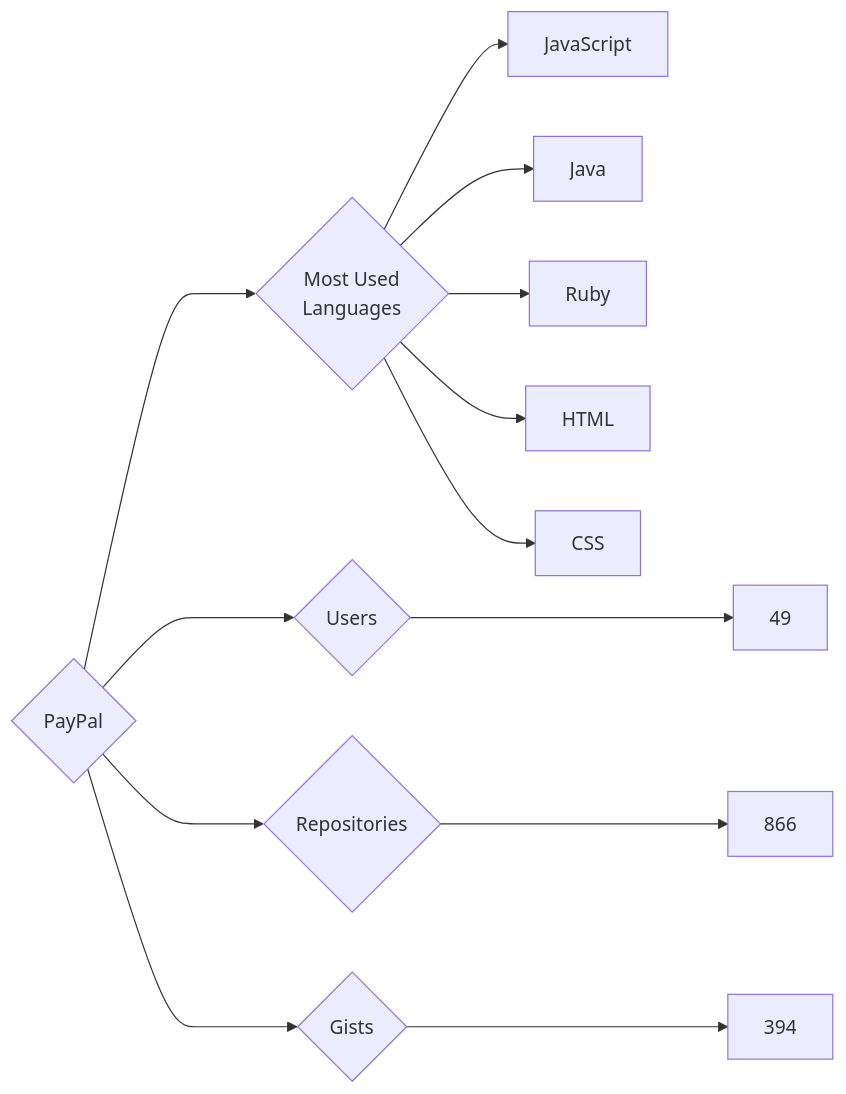
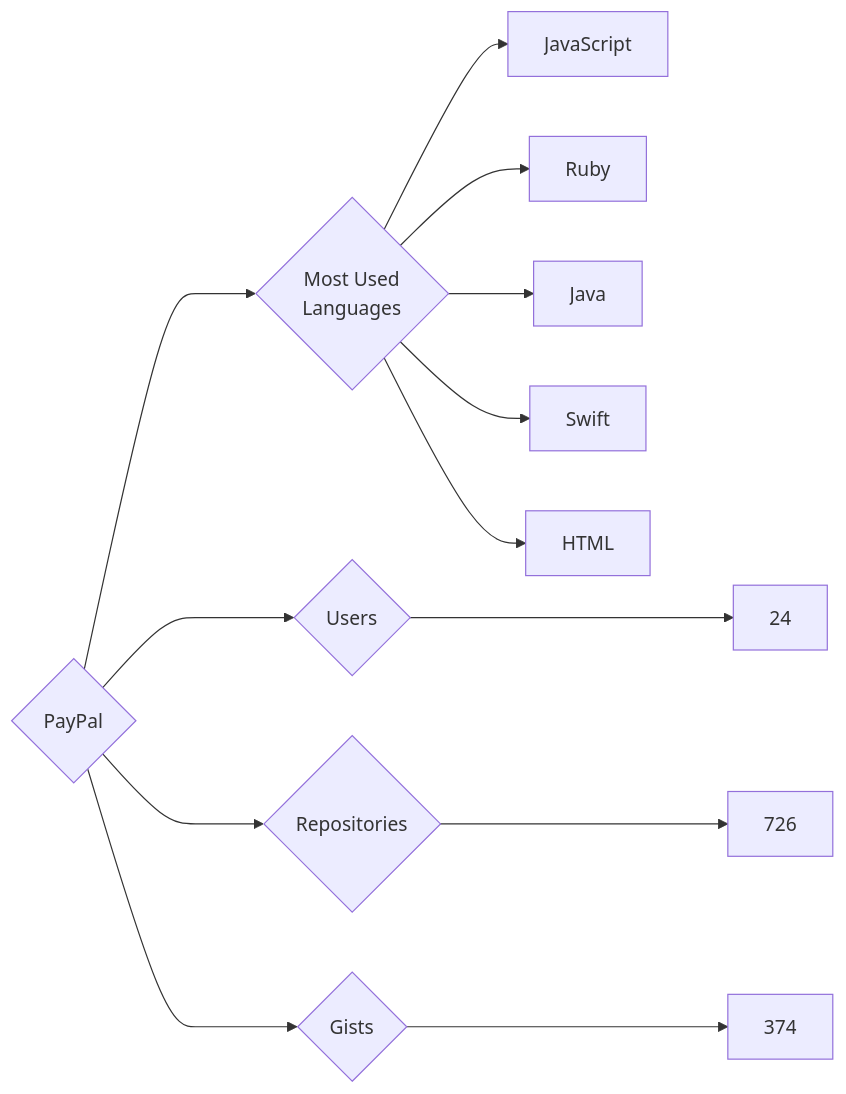
Before and after one commit to trickest/insiders: the diagram in targets/PayPal/README.md, drawn with Mermaid. The commit also changed 964 other files, not shown here.

````diff
--- a/targets/PayPal/README.md
+++ b/targets/PayPal/README.md
@@ -3,13 +3,13 @@
 ```mermaid
 graph LR
 COMPANY_NAME{PayPal}
-COMPANY_NAME ---> U{Users} ---> UN[49]
-COMPANY_NAME ---> R{Repositories} ---> RN[866]
-COMPANY_NAME ---> G{Gists} ---> GN[394]
+COMPANY_NAME ---> U{Users} ---> UN[24]
+COMPANY_NAME ---> R{Repositories} ---> RN[726]
+COMPANY_NAME ---> G{Gists} ---> GN[374]
 COMPANY_NAME ---> ML{Most Used<br>Languages}
 ML --> JavaScript[JavaScript]
+ML --> Ruby[Ruby]
 ML --> Java[Java]
-ML --> Ruby[Ruby]
+ML --> Swift[Swift]
 ML --> HTML[HTML]
-ML --> CSS[CSS]
 ```
````
